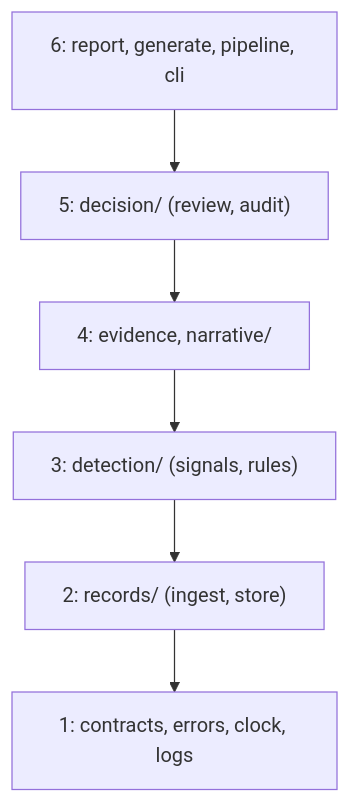
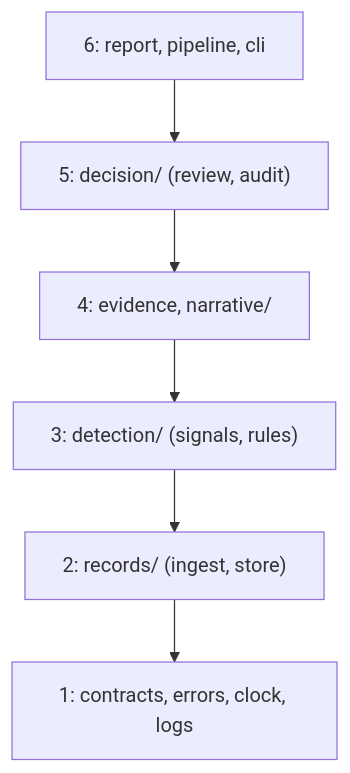
Before and after one commit to johncorrigan/westpac_mule_triage: the first of 3 diagrams in evidence/design.md, drawn with Mermaid. The commit also changed other lines of this file and 10 other files, not shown here.

````diff
--- a/evidence/design.md
+++ b/evidence/design.md
@@ -12,8 +24,8 @@
 ```mermaid
 flowchart TD
-    L6["6: report, generate, pipeline, cli"] --> L5["5: decision/ (review, audit)"]
+    L6["6: report, pipeline, cli"] --> L5["5: decision/ (review, audit)"]
     L5 --> L4["4: evidence, narrative/"]
     L4 --> L3["3: detection/ (signals, rules)"]
     L3 --> L2["2: records/ (ingest, store)"]
     L2 --> L1["1: contracts, errors, clock, logs"]
 ```
````
